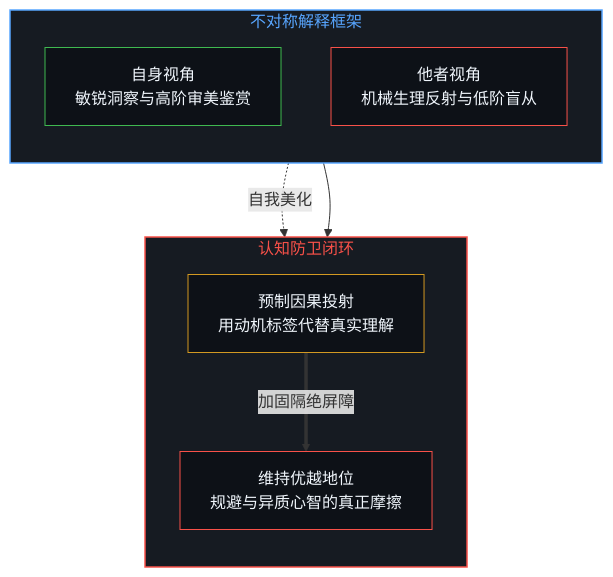
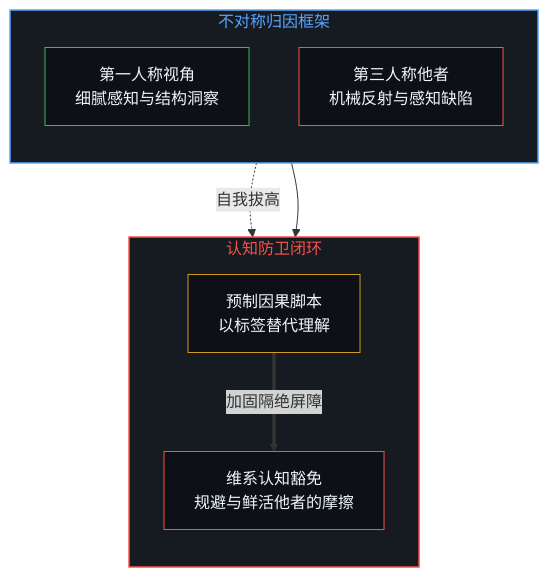
One commit to powerpig99/not-a-toe changed the fifth of 8 diagrams in content/posts/the-self-portrait-in-the-projection.md. Above: the diagram before and after it, drawn with Mermaid. The commit also changed other lines of this file and 7 other files, not shown here.

````diff
--- a/content/posts/the-self-portrait-in-the-projection.md
+++ b/content/posts/the-self-portrait-in-the-projection.md
@@ -149,22 +149,22 @@
 ```mermaid
 flowchart TD
-  subgraph S_ASYM["不对称解释框架"]
+  subgraph S_ASYM["不对称归因框架"]
     direction TB
-    A_SELF["自身视角<br/>敏锐洞察与高阶审美鉴赏"]
-    A_OTHER["他者视角<br/>机械生理反射与低阶盲从"]
+    A_SELF["第一人称视角<br/>细腻感知与结构洞察"]
+    A_OTHER["第三人称他者<br/>机械反射与感知缺陷"]
   end
   subgraph S_SHIELD["认知防卫闭环"]
     direction TB
-    D_PROJ["预制因果投射<br/>用动机标签代替真实理解"]
-    D_DEFEND["维持优越地位<br/>规避与异质心智的真正摩擦"]
+    D_PROJ["预制因果脚本<br/>以标签替代理解"]
+    D_DEFEND["维系认知豁免<br/>规避与鲜活他者的摩擦"]
   end
-  A_SELF -.->|"自我美化"| D_DEFEND
+  A_SELF -.->|"自我拔高"| D_DEFEND
   A_OTHER --> D_PROJ
   D_PROJ ==>|"加固隔绝屏障"| D_DEFEND
   style S_ASYM fill:#161b22,stroke:#58a6ff,stroke-width:1.5px,color:#58a6ff
   style S_SHIELD fill:#161b22,stroke:#f85149,stroke-width:1.5px,color:#f85149
   style A_SELF fill:#0d1117,stroke:#3fb950,stroke-width:1px,color:#f0f6fc
   style A_OTHER fill:#0d1117,stroke:#f85149,stroke-width:1px,color:#f0f6fc
   style D_PROJ fill:#0d1117,stroke:#d29922,stroke-width:1px,color:#f0f6fc
   style D_DEFEND fill:#0d1117,stroke:#f85149,stroke-width:1px,color:#f0f6fc
 ```
````
